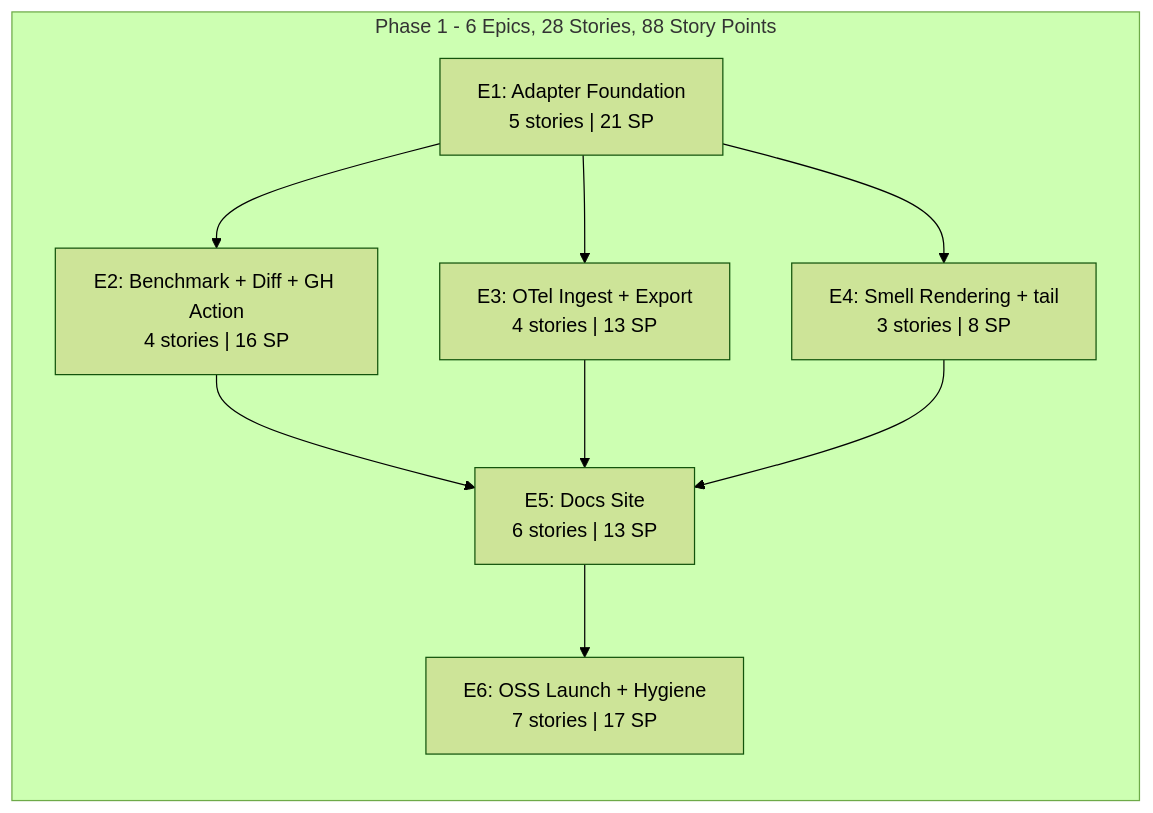
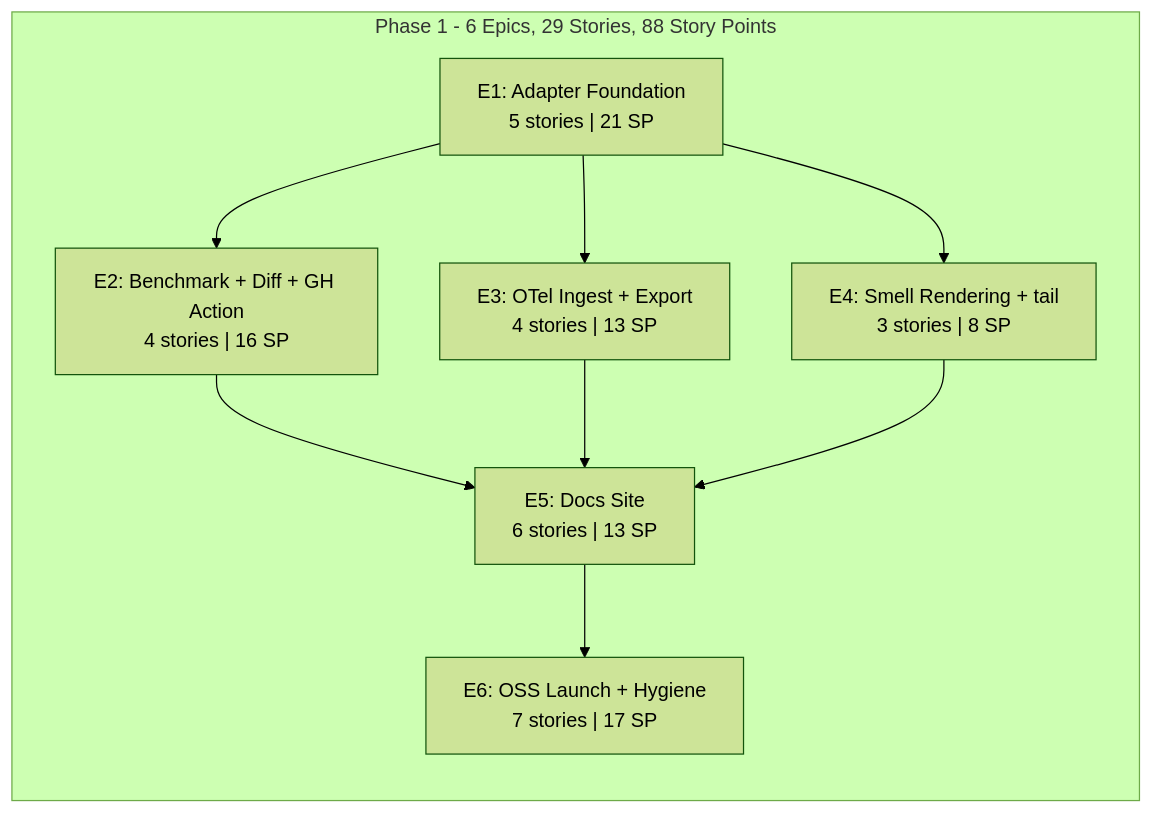
One commit to inkfoot/InkFoot changed the third of 3 diagrams in docs/planned/phase1/inkfoot_phase1_development_epics.md. Above: the diagram before and after it, drawn with Mermaid (forest theme). The commit also changed other lines of this file and 7 other files, not shown here.

````diff
--- a/docs/planned/phase1/inkfoot_phase1_development_epics.md
+++ b/docs/planned/phase1/inkfoot_phase1_development_epics.md
@@ -755,19 +778,19 @@
 ```mermaid
 graph TB
-    subgraph SUMMARY["Phase 1 - 6 Epics, 28 Stories, 88 Story Points"]
+    subgraph SUMMARY["Phase 1 - 6 Epics, 29 Stories, 88 Story Points"]
         direction TB
         E1S["E1: Adapter Foundation<br/>5 stories | 21 SP"]
         E2S["E2: Benchmark + Diff + GH Action<br/>4 stories | 16 SP"]
         E3S["E3: OTel Ingest + Export<br/>4 stories | 13 SP"]
         E4S["E4: Smell Rendering + tail<br/>3 stories | 8 SP"]
         E5S["E5: Docs Site<br/>6 stories | 13 SP"]
         E6S["E6: OSS Launch + Hygiene<br/>7 stories | 17 SP"]
     end
     E1S --> E2S
     E1S --> E3S
     E1S --> E4S
     E2S --> E5S
     E3S --> E5S
     E4S --> E5S
     E5S --> E6S
 ```
````
